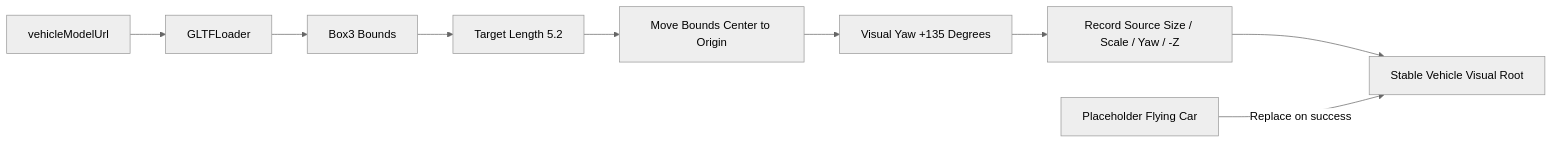
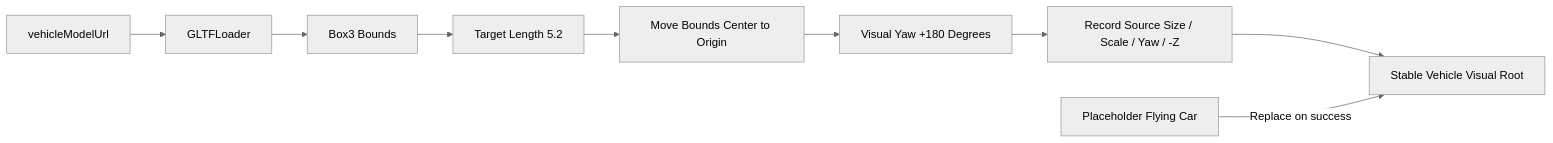
The diagram in docs/dev/sunset-drive/model-integration.md (64n-goxutech/shader-roam), drawn with Mermaid (neutral theme) before and after one commit. The commit also changed other lines of this file and 14 other files, not shown here.

````diff
--- a/docs/dev/sunset-drive/model-integration.md
+++ b/docs/dev/sunset-drive/model-integration.md
@@ -18,11 +18,11 @@
 ```mermaid
 flowchart LR
     Config[vehicleModelUrl] --> Loader[GLTFLoader]
     Loader --> Bounds[Box3 Bounds]
     Bounds --> Scale[Target Length 5.2]
     Scale --> Center[Move Bounds Center to Origin]
-    Center --> Yaw[Visual Yaw +135 Degrees]
+    Center --> Yaw[Visual Yaw +180 Degrees]
     Yaw --> Metadata[Record Source Size / Scale / Yaw / -Z]
     Metadata --> Visual[Stable Vehicle Visual Root]
     Fallback[Placeholder Flying Car] -->|Replace on success| Visual
 ```
````
